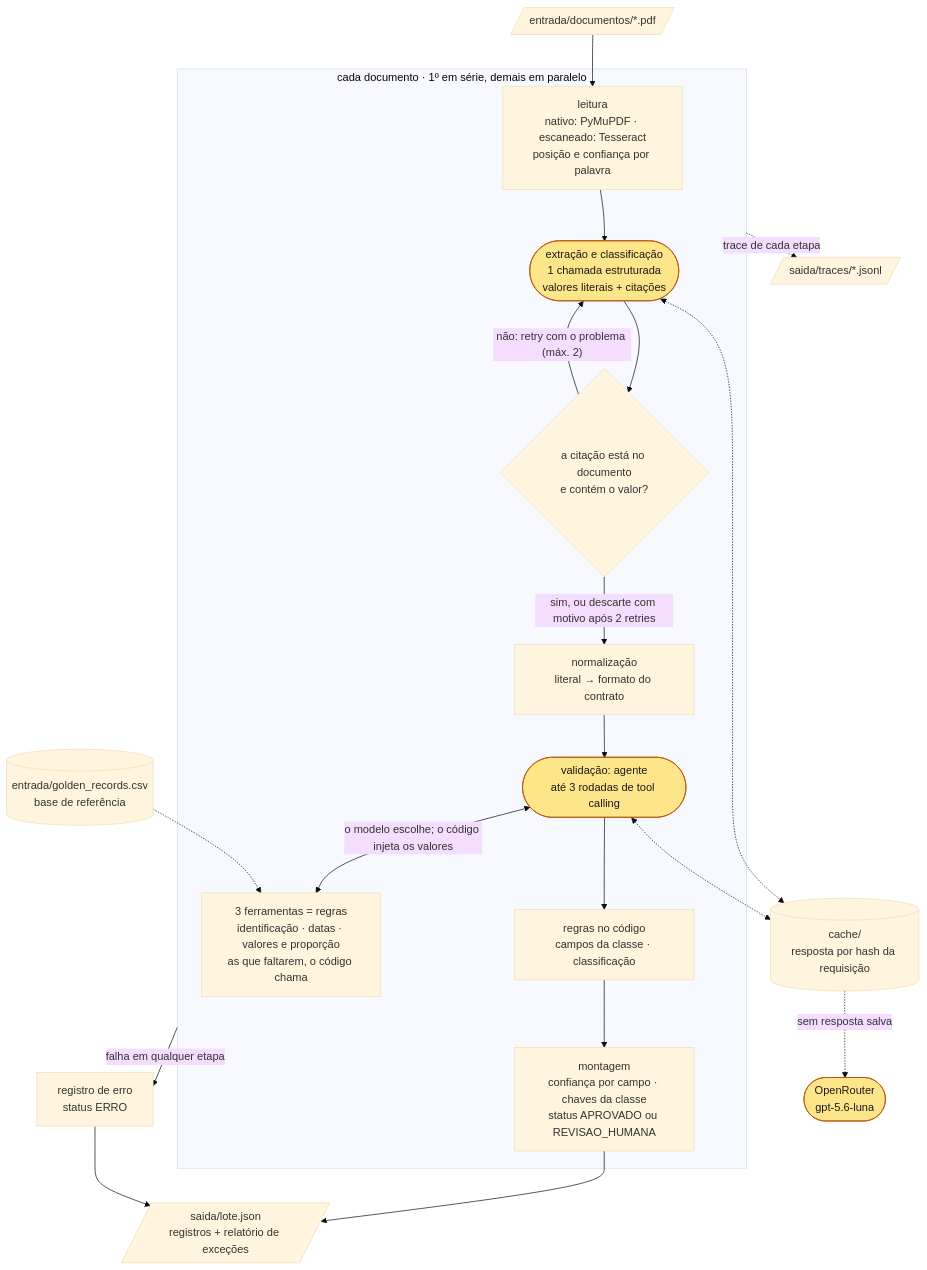
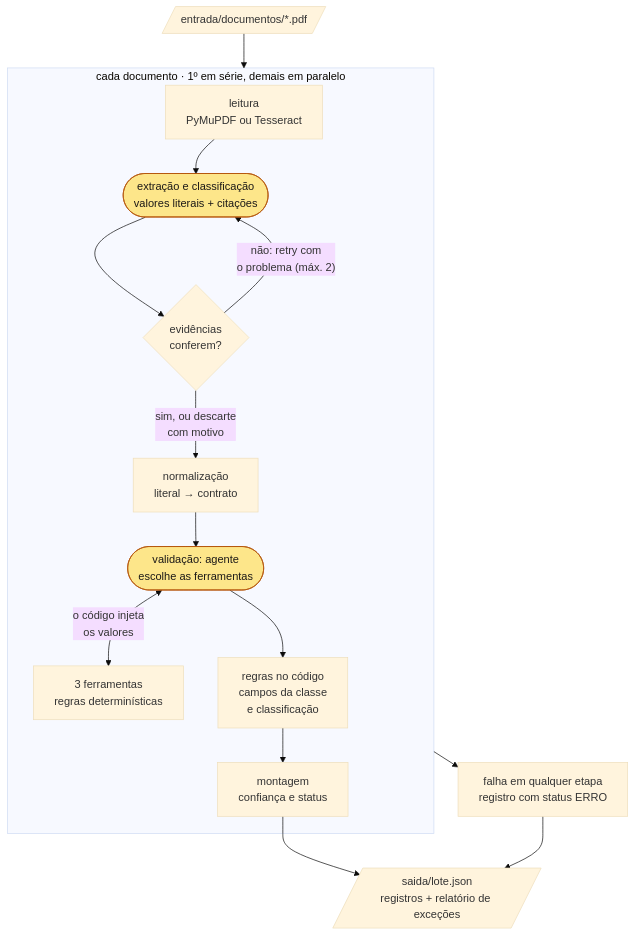
One commit to Thomasmm97/asset-servicing-api changed the diagram in README.md. Above: the diagram before and after it, drawn with Mermaid (base theme). The commit also changed other lines of this file, not shown here.

Commit message:
docs: simplifica o fluxograma da arquitetura

````diff
--- a/README.md
+++ b/README.md
@@ -77,25 +77,19 @@
 ```mermaid
 flowchart TD
-    pdf[/"entrada/documentos/*.pdf"/] --> leitura
+    pdf[/"entrada/documentos/*.pdf"/] --> doc
     subgraph doc ["cada documento · 1º em série, demais em paralelo"]
-        leitura["leitura<br/>nativo: PyMuPDF · escaneado: Tesseract<br/>posição e confiança por palavra"] --> extracao(["extração e classificação<br/>1 chamada estruturada<br/>valores literais + citações"])
-        extracao --> evidencias{"a citação está no documento<br/>e contém o valor?"}
-        evidencias -- "não: retry com o problema (máx. 2)" --> extracao
-        evidencias -- "sim, ou descarte com motivo após 2 retries" --> normalizacao["normalização<br/>literal → formato do contrato"]
-        normalizacao --> validacao(["validação: agente<br/>até 3 rodadas de tool calling"])
-        validacao <-->|"o modelo escolhe; o código injeta os valores"| ferramentas["3 ferramentas = regras<br/>identificação · datas · valores e proporção<br/>as que faltarem, o código chama"]
-        validacao --> regras["regras no código<br/>campos da classe · classificação"]
-        regras --> montagem["montagem<br/>confiança por campo · chaves da classe<br/>status APROVADO ou REVISAO_HUMANA"]
+        leitura["leitura<br/>PyMuPDF ou Tesseract"] --> extracao(["extração e classificação<br/>valores literais + citações"])
+        extracao --> evidencias{"evidências<br/>conferem?"}
+        evidencias -- "não: retry com<br/>o problema (máx. 2)" --> extracao
+        evidencias -- "sim, ou descarte<br/>com motivo" --> normalizacao["normalização<br/>literal → contrato"]
+        normalizacao --> validacao(["validação: agente<br/>escolhe as ferramentas"])
+        validacao <-->|"o código injeta<br/>os valores"| ferramentas["3 ferramentas<br/>regras determinísticas"]
+        validacao --> regras["regras no código<br/>campos da classe<br/>e classificação"]
+        regras --> montagem["montagem<br/>confiança e status"]
     end
-    doc -->|"falha em qualquer etapa"| erro["registro de erro<br/>status ERRO"]
     montagem --> lote[/"saida/lote.json<br/>registros + relatório de exceções"/]
-    erro --> lote
-    doc -.->|"trace de cada etapa"| traces[/"saida/traces/*.jsonl"/]
-    base[("entrada/golden_records.csv<br/>base de referência")] -.-> ferramentas
-    extracao <-.-> cache[("cache/<br/>resposta por hash da requisição")]
-    validacao <-.-> cache
-    cache -.->|"sem resposta salva"| api(["OpenRouter<br/>gpt-5.6-luna"])
+    doc --> erro["falha em qualquer etapa<br/>registro com status ERRO"] --> lote
 
     classDef llm fill:#fde68a,stroke:#b45309,color:#1c1917
-    class extracao,validacao,api llm
+    class extracao,validacao llm
 ```
````
